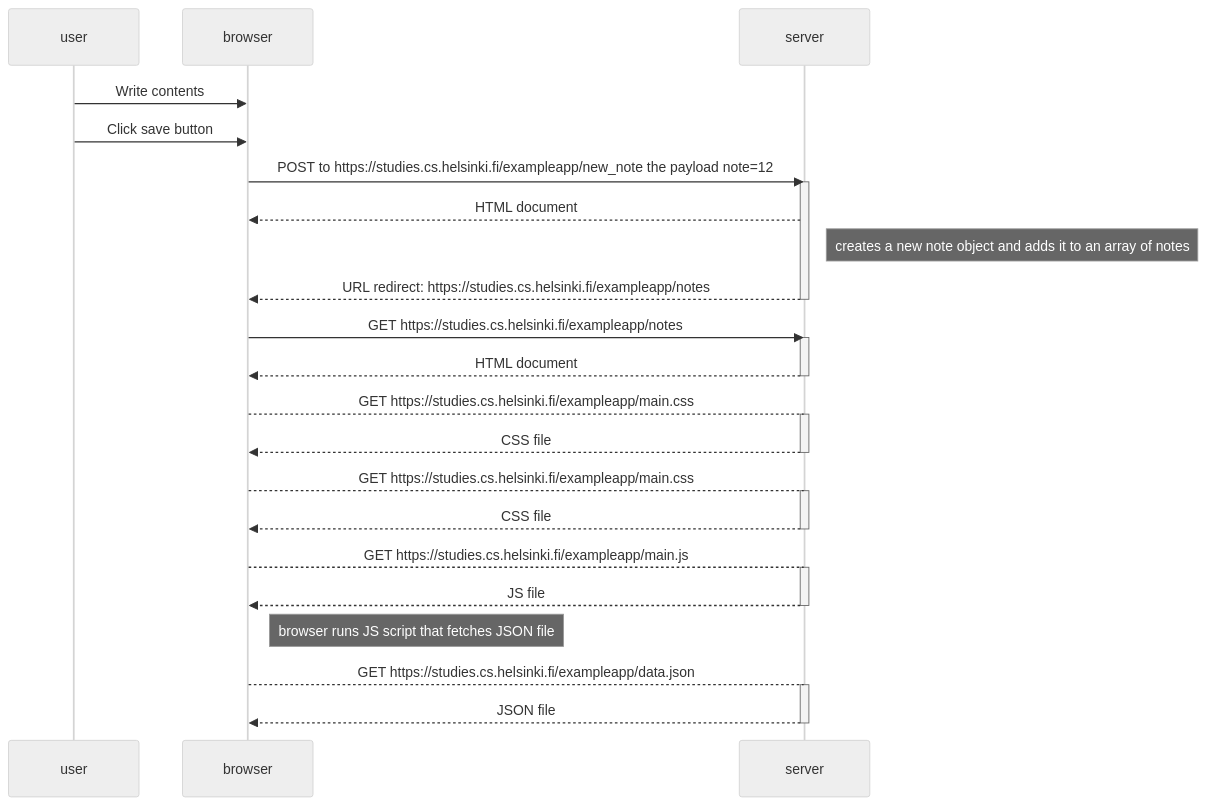
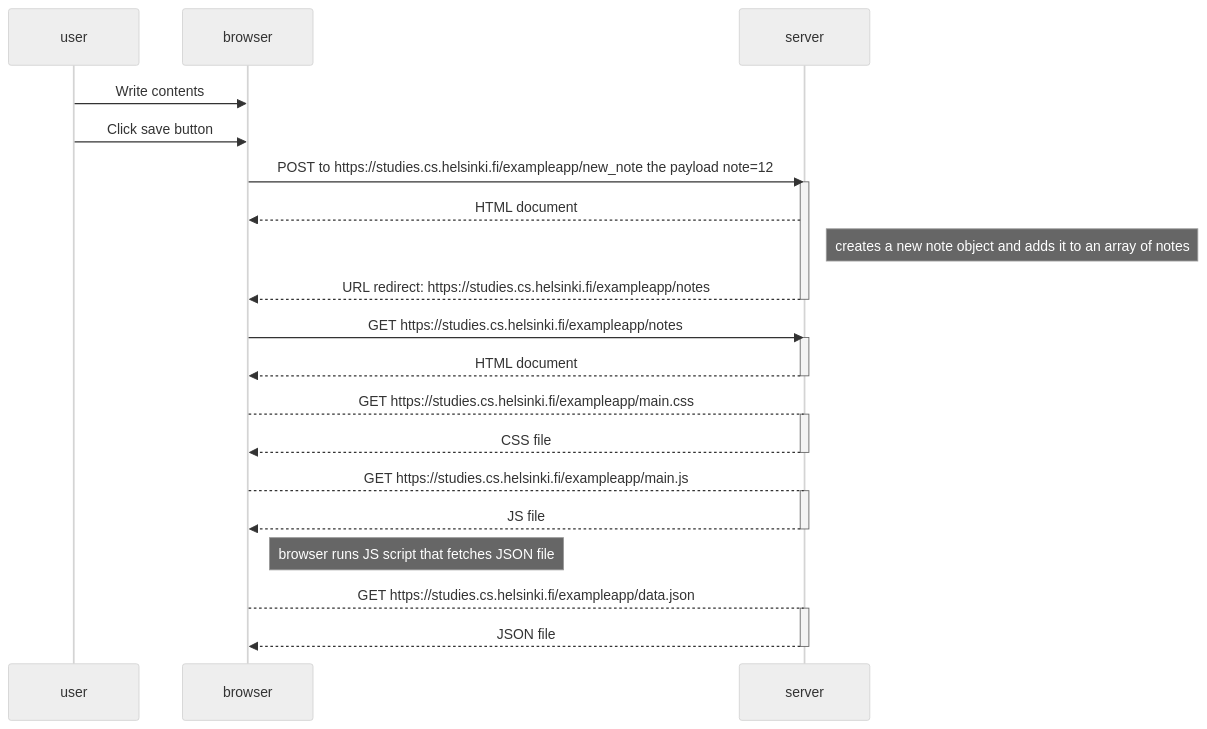
One commit to Er1kKa-Tian/Helsinki_Fullstack changed the diagram in part0/0.4_new_note_diagram/new_note_diagram.md. Above: the diagram before and after it, drawn with Mermaid (neutral theme).

Commit message:
Bug: delete redundant lines in exer 0.4

````diff
--- a/part0/0.4_new_note_diagram/new_note_diagram.md
+++ b/part0/0.4_new_note_diagram/new_note_diagram.md
@@ -4,49 +4,44 @@
 ```mermaid
 sequenceDiagram
     participant user
     participant browser
     participant server
 
     user->>browser: Write contents
 
     user->>browser: Click save button
 
     browser->>server: POST to https://studies.cs.helsinki.fi/exampleapp/new_note the payload note=12
 
     activate server
     server-->>browser: HTML document
 
     Note right of server: creates a new note object and adds it to an array of notes
 
     server-->>browser: URL redirect:  https://studies.cs.helsinki.fi/exampleapp/notes
     deactivate server
 
     browser->>server: GET https://studies.cs.helsinki.fi/exampleapp/notes
 
     activate server
     server-->>browser: HTML document
     deactivate server
 
     browser-->server: GET https://studies.cs.helsinki.fi/exampleapp/main.css
     activate server
     server-->>browser: CSS file
     deactivate server
 
-    browser-->server: GET https://studies.cs.helsinki.fi/exampleapp/main.css
-    activate server
-    server-->>browser: CSS file
-    deactivate server
-
     browser-->server: GET https://studies.cs.helsinki.fi/exampleapp/main.js
     activate server
     server-->>browser: JS file
     deactivate server
 
     Note right of browser: browser runs JS script that fetches JSON file
 
     browser-->server: GET https://studies.cs.helsinki.fi/exampleapp/data.json
     activate server
     server-->>browser: JSON file
     deactivate server
 
 ```
````
